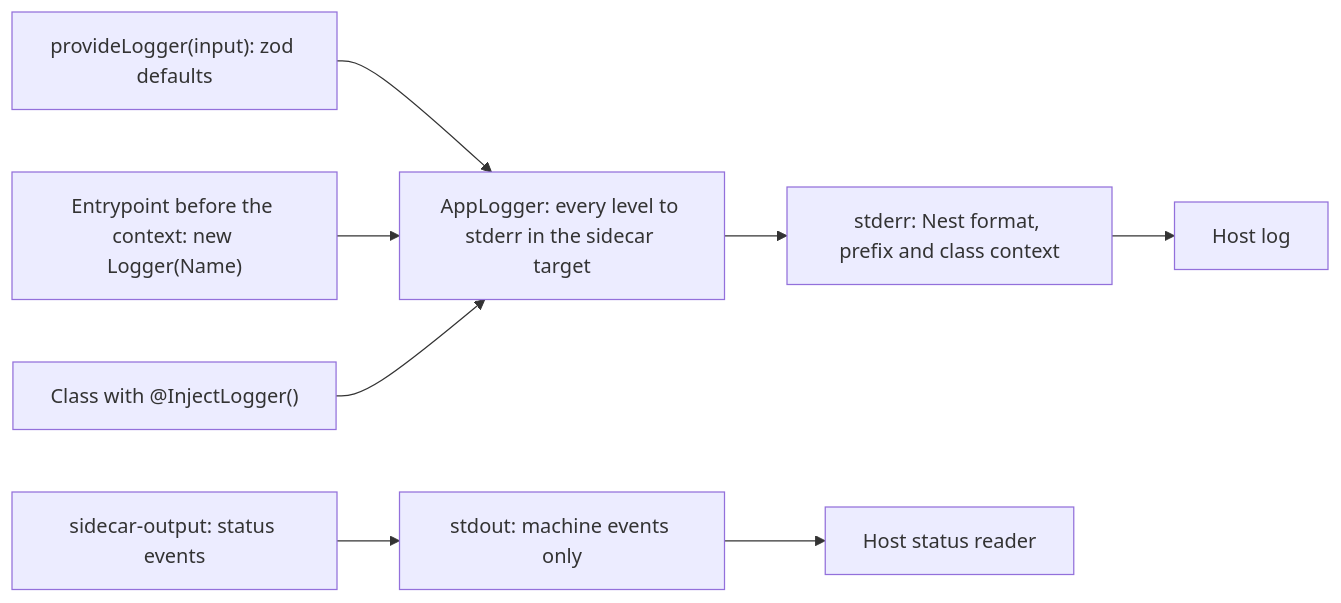
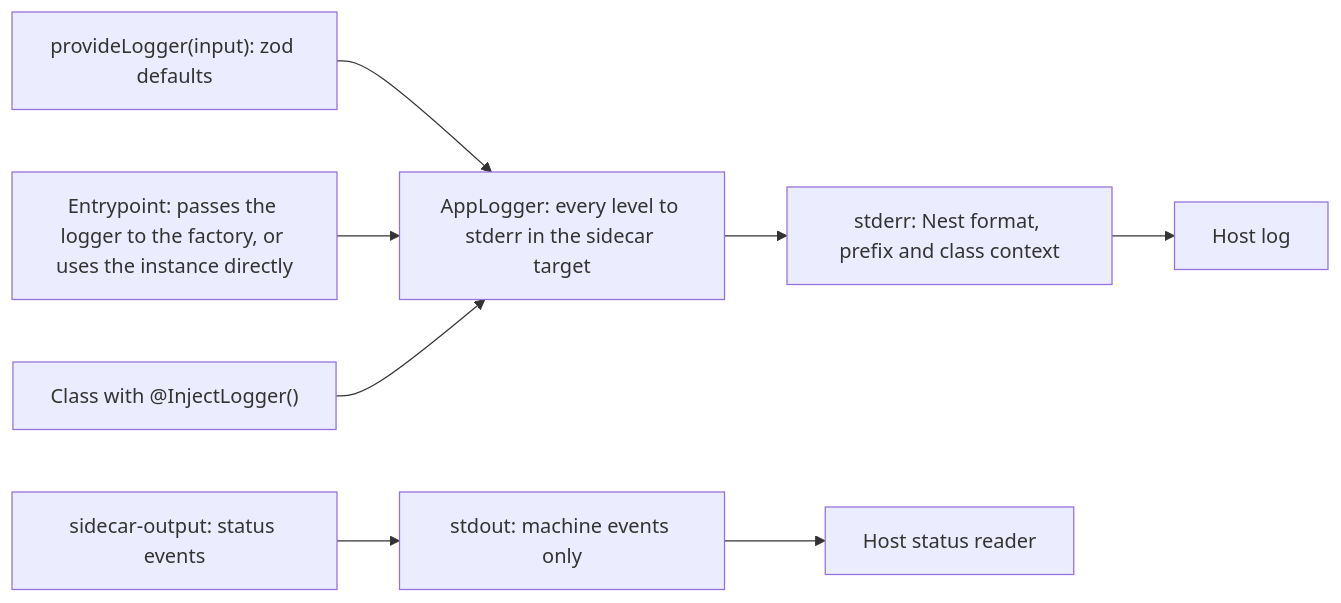
The third of 3 diagrams in docs/architecture/adr/ADR-013-nest-standalone-architecture.md (virgenherrera/lan-solution-template), drawn with Mermaid before and after one commit. The commit also changed other lines of this file and 2 other files, not shown here.

First line of the commit message:
docs: describe the logger passed to the app factory

````diff
--- a/docs/architecture/adr/ADR-013-nest-standalone-architecture.md
+++ b/docs/architecture/adr/ADR-013-nest-standalone-architecture.md
@@ -97,10 +97,10 @@
 ```mermaid
 flowchart LR
   C["provideLogger(input): zod defaults"] --> W
-  A["Entrypoint before the context: new Logger(Name)"] --> W
+  A["Entrypoint: passes the logger to the factory, or uses the instance directly"] --> W
   B["Class with @InjectLogger()"] --> W
   W["AppLogger: every level to stderr in the sidecar target"] --> E["stderr: Nest format, prefix and class context"]
   M["sidecar-output: status events"] --> O["stdout: machine events only"]
   E --> H["Host log"]
   O --> P["Host status reader"]
 ```
````
